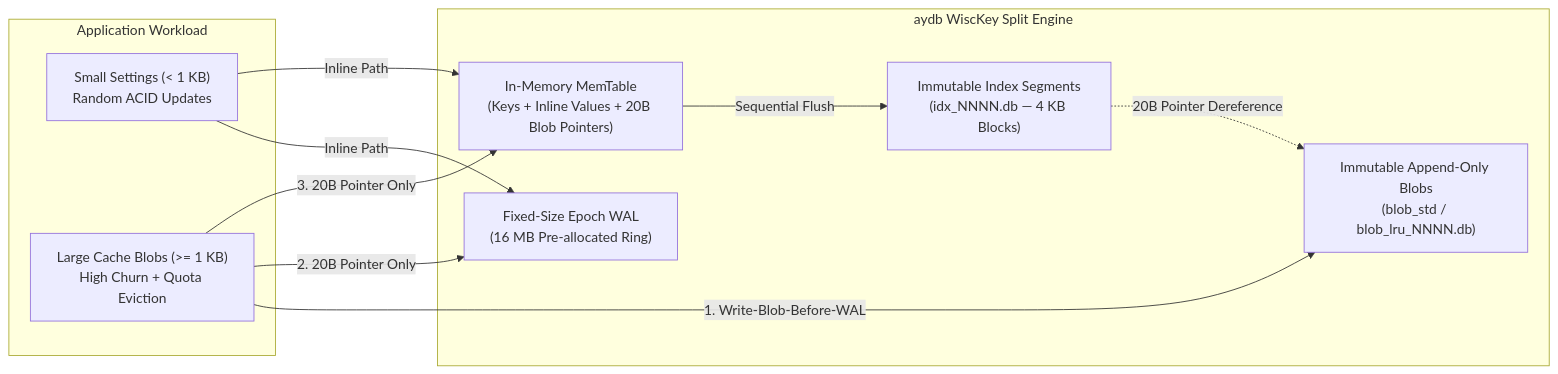
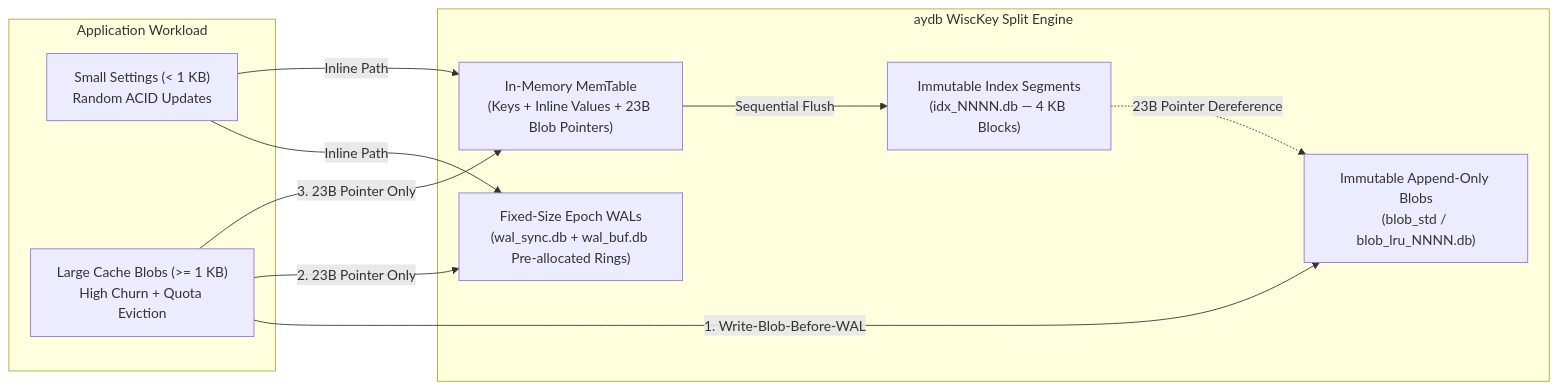
The first of 5 diagrams in docs/phase1/00_OVERVIEW.md (toyoshim-i/aydb), drawn with Mermaid before and after one commit. The commit also changed other lines of this file and 10 other files, not shown here.

````diff
--- a/docs/phase1/00_OVERVIEW.md
+++ b/docs/phase1/00_OVERVIEW.md
@@ -29,22 +29,22 @@
 ```mermaid
 flowchart LR
     subgraph App["Application Workload"]
         W1["Small Settings (< 1 KB)<br/>Random ACID Updates"]
         W2["Large Cache Blobs (>= 1 KB)<br/>High Churn + Quota Eviction"]
     end
 
     subgraph Engine["aydb WiscKey Split Engine"]
-        MT["In-Memory MemTable<br/>(Keys + Inline Values + 20B Blob Pointers)"]
-        WAL["Fixed-Size Epoch WAL<br/>(16 MB Pre-allocated Ring)"]
+        MT["In-Memory MemTable<br/>(Keys + Inline Values + 23B Blob Pointers)"]
+        WAL["Fixed-Size Epoch WALs<br/>(wal_sync.db + wal_buf.db Pre-allocated Rings)"]
         IDX["Immutable Index Segments<br/>(idx_NNNN.db — 4 KB Blocks)"]
         BLOB["Immutable Append-Only Blobs<br/>(blob_std / blob_lru_NNNN.db)"]
     end
 
     W1 -->|"Inline Path"| WAL
     W1 -->|"Inline Path"| MT
     W2 -->|"1. Write-Blob-Before-WAL"| BLOB
-    W2 -->|"2. 20B Pointer Only"| WAL
-    W2 -->|"3. 20B Pointer Only"| MT
+    W2 -->|"2. 23B Pointer Only"| WAL
+    W2 -->|"3. 23B Pointer Only"| MT
     MT -->|"Sequential Flush"| IDX
-    IDX -.->|"20B Pointer Dereference"| BLOB
+    IDX -.->|"23B Pointer Dereference"| BLOB
 ```
````
